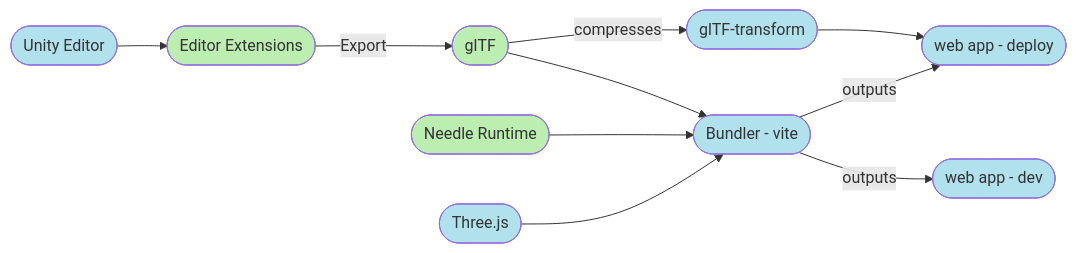
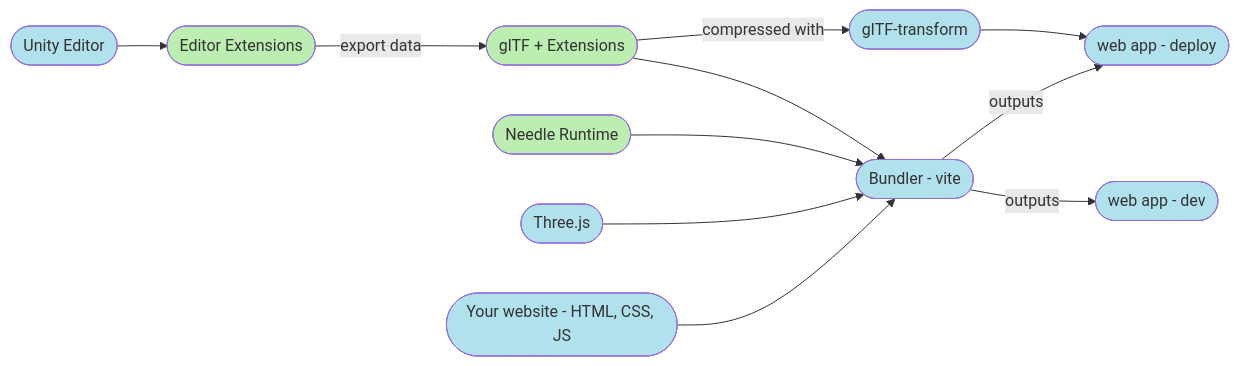
The diagram in documentation/docs-backlog.md (needle-tools/needle-engine-support), drawn with Mermaid before and after one commit.

````diff
--- a/documentation/docs-backlog.md
+++ b/documentation/docs-backlog.md
@@ -49,15 +49,16 @@
 ```mermaid
 flowchart LR
     classDef ndl fill:#BCEDB1;
     classDef ext fill:#B1E1ED;
     Editor([Unity Editor]) --> EditorExt([Editor Extensions])
-    EditorExt -- Export --> glTF([glTF])
+    EditorExt -- export data --> glTF([glTF + Extensions])
     glTF --> Bundler([Bundler - vite])
     Runtime([Needle Runtime]) --> Bundler
     Three([Three.js]) --> Bundler
+    YourWebsite([Your website - HTML, CSS, JS]) --> Bundler
     Bundler -- outputs --> DevPage([web app - dev])
     Bundler -- outputs --> DeploymentPage([web app - deploy])
-    glTF -- compresses --> gltfTransform([glTF-transform]) --> DeploymentPage
+    glTF -- compressed with --> gltfTransform([glTF-transform]) --> DeploymentPage
     class EditorExt,glTF,Runtime ndl;
-    class Editor,Three,Bundler,Page,gltfTransform,DeploymentPage,DevPage ext;
+    class Editor,Three,Bundler,Page,gltfTransform,DeploymentPage,DevPage,YourWebsite ext;
 ```
````
